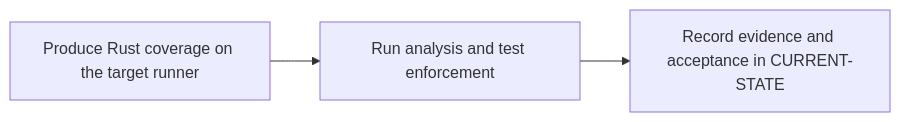
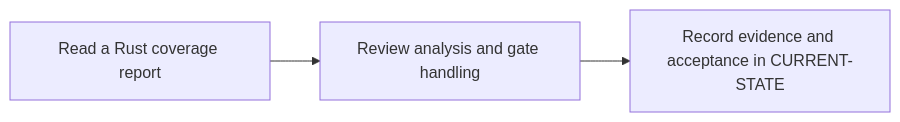
The diagram in docs/roadmap/P8.md (cdcdd15/git-runners-rust), drawn with Mermaid before and after one commit. The commit also changed other lines of this file and 22 other files, not shown here.

Commit message:
docs: complete P0 and adopt a knowledge-first roadmap

````diff
--- a/docs/roadmap/P8.md
+++ b/docs/roadmap/P8.md
@@ -9,5 +9,5 @@
 ```mermaid
 flowchart LR
-    Input["Produce Rust coverage on the target runner"] --> Validation["Run analysis and test enforcement"]
+    Input["Read a Rust coverage report"] --> Validation["Review analysis and gate handling"]
     Validation --> Evidence["Record evidence and acceptance in CURRENT-STATE"]
 ```
````
